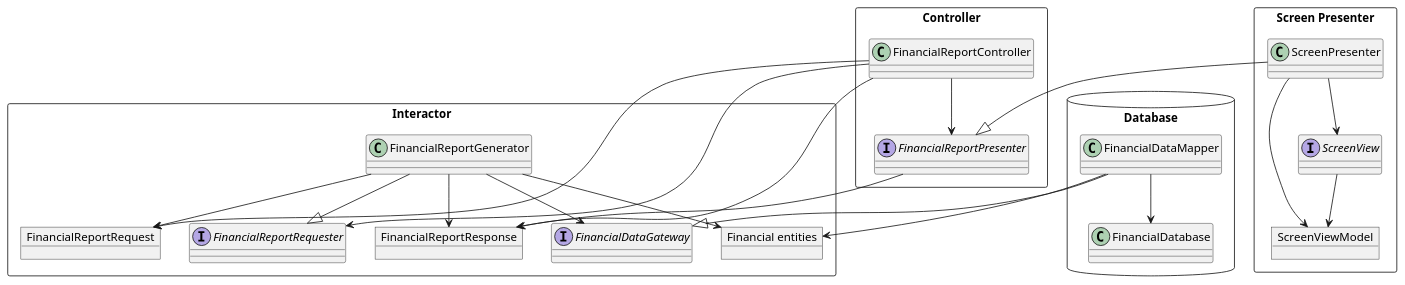
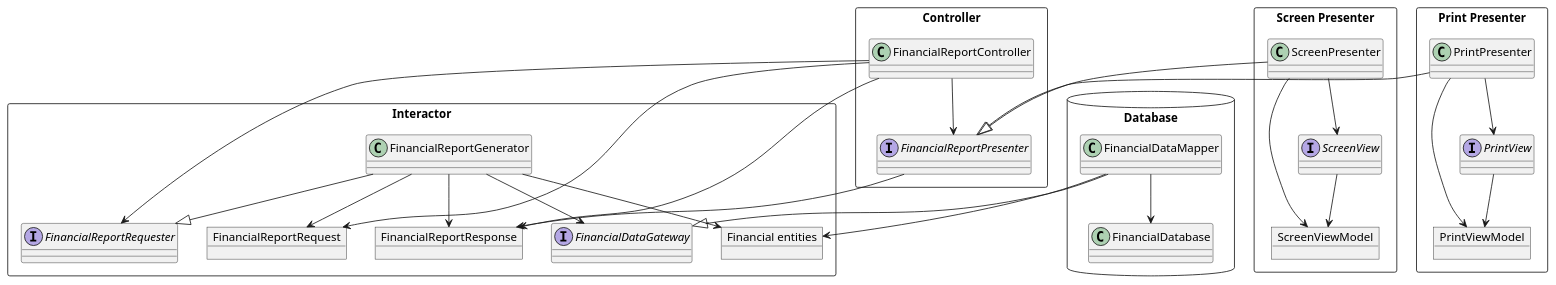
Before and after one commit to huland/logseq-notes: the third of 3 diagrams in pages/Robert C. Martin - Clean Architecture A Craftsman's Guide to Software Structure and Design.md, drawn with PlantUML.

Commit message:
Auto saved by Logseq

```diff
--- a/pages/Robert C. Martin - Clean Architecture A Craftsman's Guide to Software Structure and Design.md
+++ b/pages/Robert C. Martin - Clean Architecture A Craftsman's Guide to Software Structure and Design.md
@@ -203,42 +203,54 @@
 				  @startuml
 				  
 				  rectangle Interactor {
 				    object FinancialReportRequest
 				    interface FinancialReportRequester
 				    object FinancialReportResponse
 				    class FinancialReportGenerator
 				    interface FinancialDataGateway
 				    object "Financial entities" as FinancialEntities
 				  }
 				  rectangle Controller {
 				    class FinancialReportController 
 				    interface FinancialReportPresenter
 				  }
 				  database Database {
 				    class FinancialDataMapper 
 				    class FinancialDatabase
 				  }
 				  rectangle "Screen Presenter" as ScreenPres {
 				    class ScreenPresenter
 				    object ScreenViewModel
 				    interface ScreenView
+				  }
+				  rectangle "Print Presenter" as PrintPres {
+				    class PrintPresenter
+				    object PrintViewModel
+				    interface PrintView
 				  } 
 				  ScreenPresenter --> ScreenView
 				  ScreenView --> ScreenViewModel
 				  ScreenPresenter --> ScreenViewModel
 				  ScreenPresenter --|> FinancialReportPresenter
+				  
+				  PrintPresenter --> PrintView
+				  PrintView --> PrintViewModel
+				  PrintPresenter --> PrintViewModel
+				  PrintPresenter --|> FinancialReportPresenter
+				  
+				  
 				  FinancialReportController --> FinancialReportPresenter
 				  FinancialReportPresenter --> FinancialReportResponse
 				  FinancialReportController --> FinancialReportRequest
 				  FinancialReportController --> FinancialReportRequester
 				  FinancialReportGenerator --> FinancialReportRequest
 				  FinancialReportGenerator --> FinancialEntities
 				  FinancialReportGenerator --> FinancialReportResponse
 				  FinancialReportGenerator --> FinancialDataGateway
 				  FinancialReportGenerator --|> FinancialReportRequester
 				  FinancialReportController --> FinancialReportResponse
 				  FinancialDataMapper --> FinancialDatabase
 				  FinancialDataMapper --> FinancialEntities
 				  FinancialDataMapper --|> FinancialDataGateway
 				  
 				  @enduml
```
